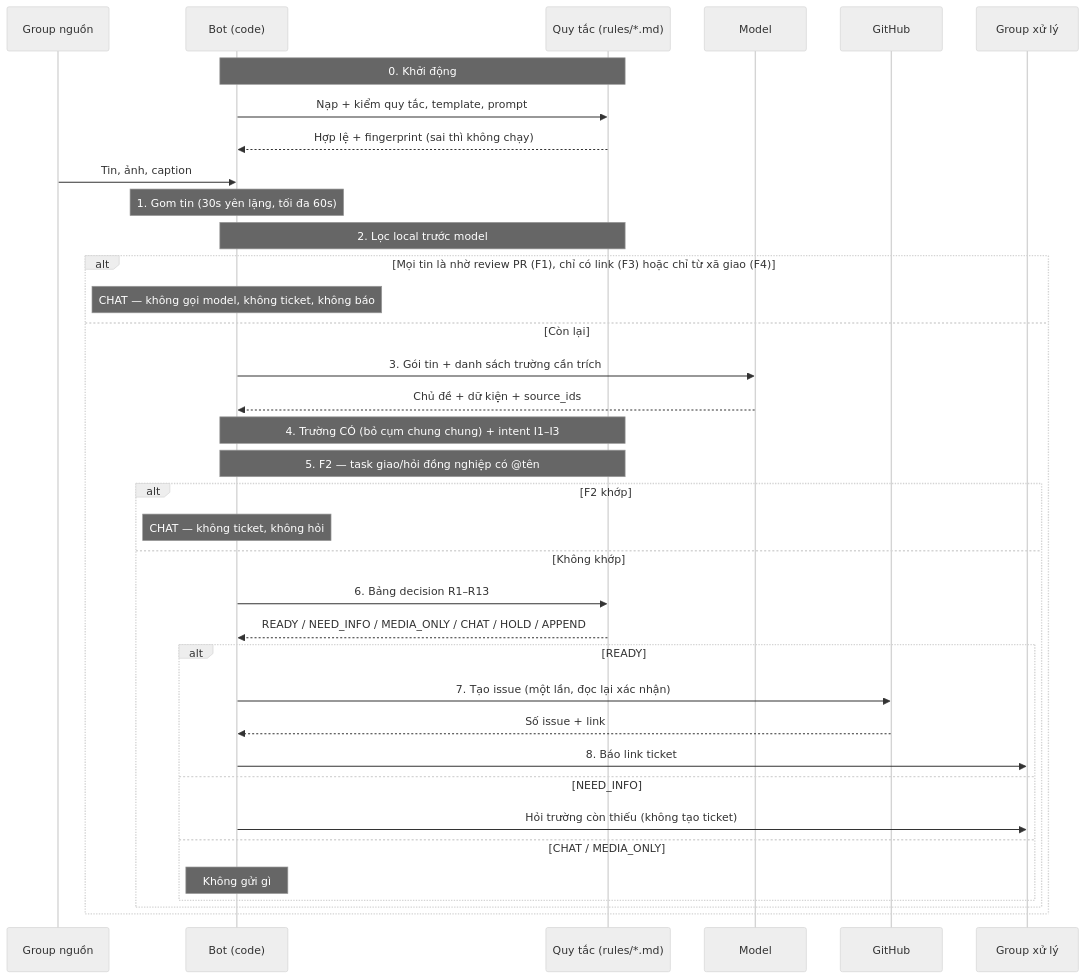
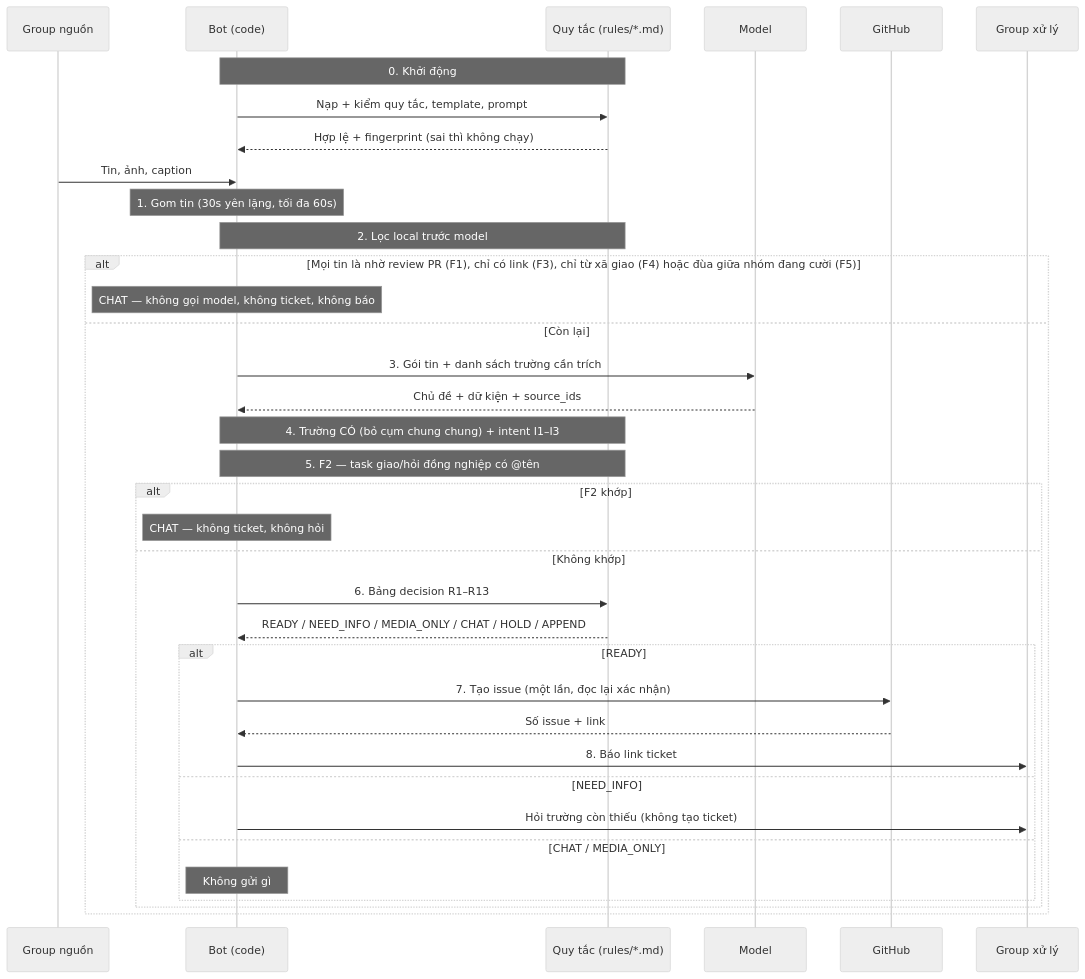
The third of 8 diagrams in Docs/01-product/telegram-triage-noissue_business-flow_261028_v1.0.0.md (SotaThao/Listener-ticket), drawn with Mermaid (neutral theme) before and after one commit. The commit also changed other lines of this file and 10 other files, not shown here.

````diff
--- a/Docs/01-product/telegram-triage-noissue_business-flow_261028_v1.0.0.md
+++ b/Docs/01-product/telegram-triage-noissue_business-flow_261028_v1.0.0.md
@@ -192,41 +192,41 @@
 ```mermaid
 sequenceDiagram
     participant TG as Group nguồn
     participant Bot as Bot (code)
     participant R as Quy tắc (rules/*.md)
     participant M as Model
     participant GH as GitHub
     participant OPS as Group xử lý
 
     Note over Bot,R: 0. Khởi động
     Bot->>R: Nạp + kiểm quy tắc, template, prompt
     R-->>Bot: Hợp lệ + fingerprint (sai thì không chạy)
 
     TG->>Bot: Tin, ảnh, caption
     Note over Bot: 1. Gom tin (30s yên lặng, tối đa 60s)
 
     Note over Bot,R: 2. Lọc local trước model
-    alt Mọi tin là nhờ review PR (F1), chỉ có link (F3) hoặc chỉ từ xã giao (F4)
+    alt Mọi tin là nhờ review PR (F1), chỉ có link (F3), chỉ từ xã giao (F4) hoặc đùa giữa nhóm đang cười (F5)
         Note over Bot: CHAT — không gọi model, không ticket, không báo
     else Còn lại
         Bot->>M: 3. Gói tin + danh sách trường cần trích
         M-->>Bot: Chủ đề + dữ kiện + source_ids
         Note over Bot,R: 4. Trường CÓ (bỏ cụm chung chung) + intent I1–I3
         Note over Bot,R: 5. F2 — task giao/hỏi đồng nghiệp có @tên
         alt F2 khớp
             Note over Bot: CHAT — không ticket, không hỏi
         else Không khớp
             Bot->>R: 6. Bảng decision R1–R13
             R-->>Bot: READY / NEED_INFO / MEDIA_ONLY / CHAT / HOLD / APPEND
             alt READY
                 Bot->>GH: 7. Tạo issue (một lần, đọc lại xác nhận)
                 GH-->>Bot: Số issue + link
                 Bot->>OPS: 8. Báo link ticket
             else NEED_INFO
                 Bot->>OPS: Hỏi trường còn thiếu (không tạo ticket)
             else CHAT / MEDIA_ONLY
                 Note over Bot: Không gửi gì
             end
         end
     end
 ```
````
